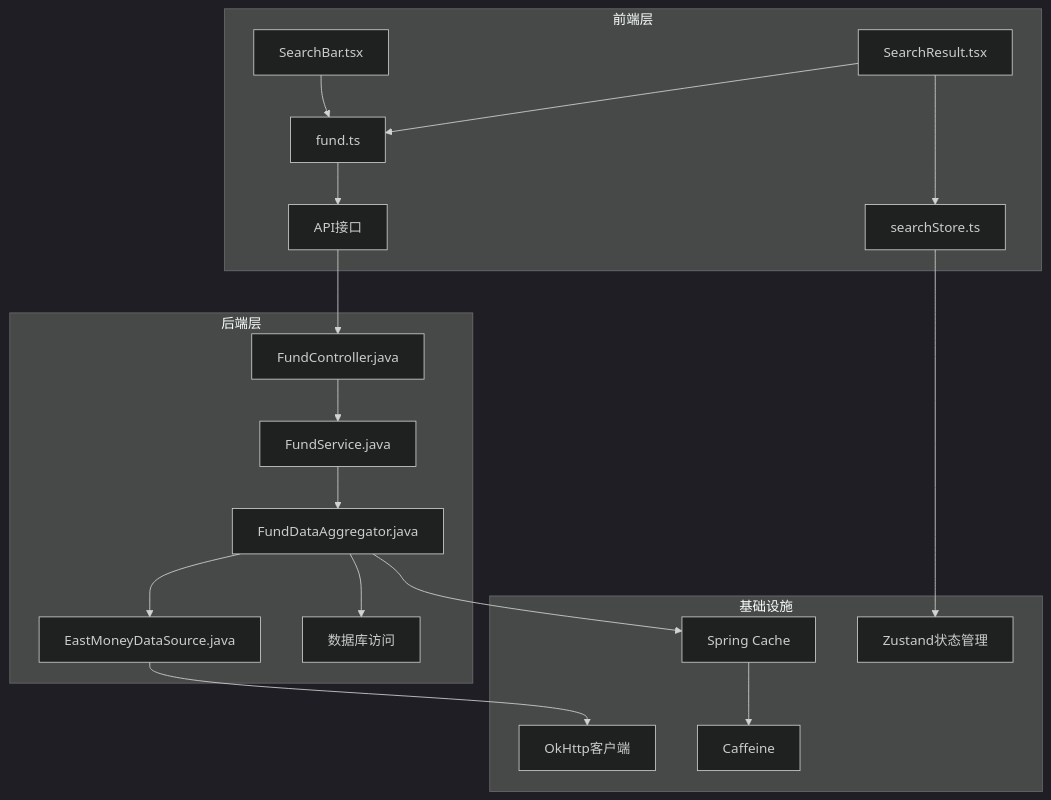
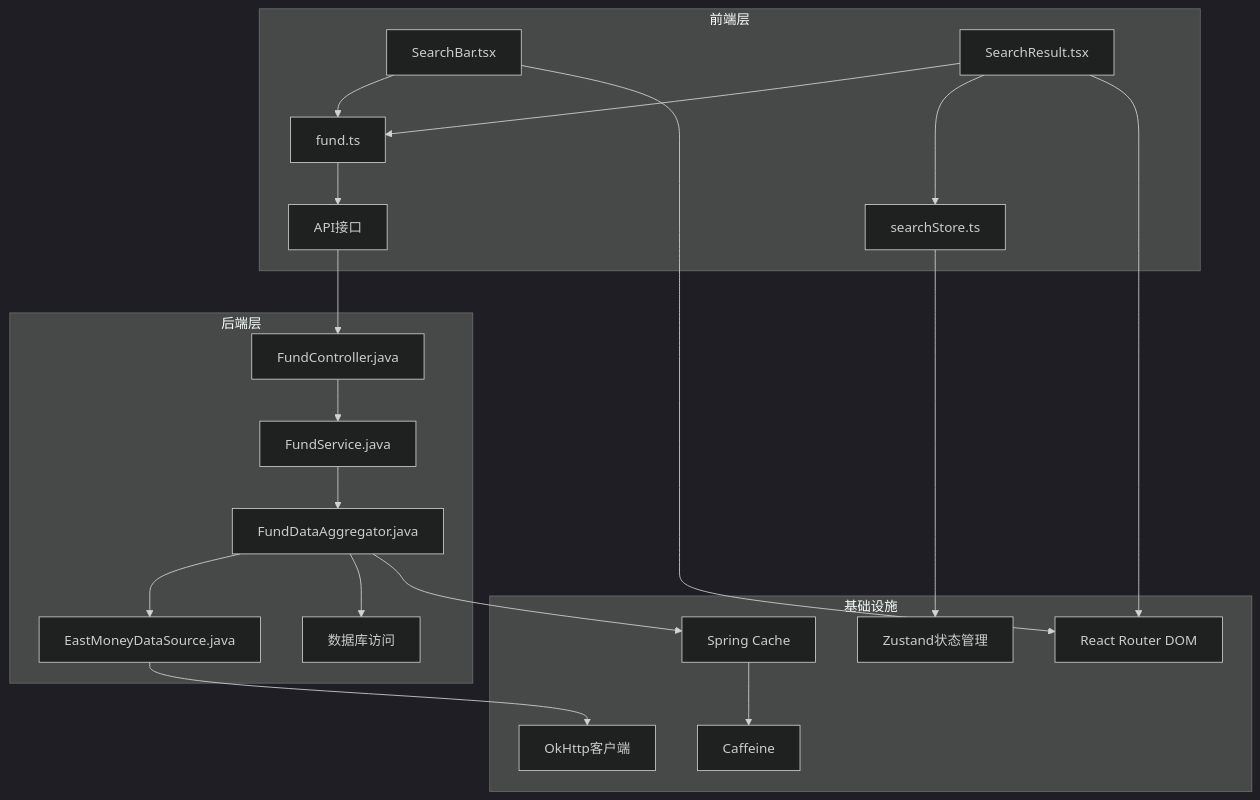
Before and after one commit to gree-coder/fund-butler: the ninth of 9 diagrams in .qoder/repowiki/zh/content/核心功能开发/搜索功能优化.md, drawn with Mermaid (dark theme). The commit also changed other lines of this file and 12 other files, not shown here.

````diff
--- a/.qoder/repowiki/zh/content/核心功能开发/搜索功能优化.md
+++ b/.qoder/repowiki/zh/content/核心功能开发/搜索功能优化.md
@@ -324,26 +352,29 @@
 ```mermaid
 graph TB
 subgraph "前端层"
 A[SearchBar.tsx] --> B[fund.ts]
 C[SearchResult.tsx] --> B
 C --> D[searchStore.ts]
 B --> E[API接口]
 end
 subgraph "后端层"
 F[FundController.java] --> G[FundService.java]
 G --> H[FundDataAggregator.java]
 H --> I[EastMoneyDataSource.java]
 H --> J[数据库访问]
 end
 subgraph "基础设施"
 K[Spring Cache]
 L[Caffeine]
 M[OkHttp客户端]
 N[Zustand状态管理]
+O[React Router DOM]
 end
 E --> F
 H --> K
 K --> L
 I --> M
 D --> N
+A --> O
+C --> O
 ```
````
